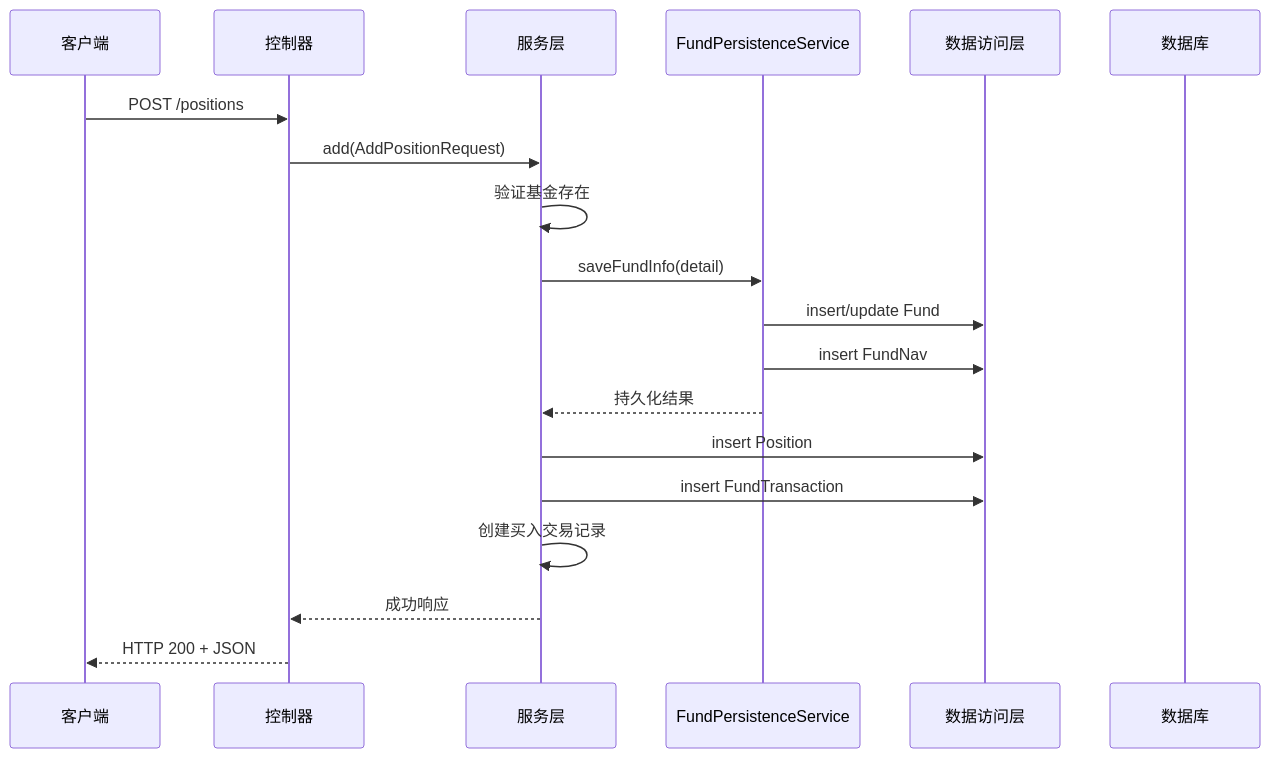
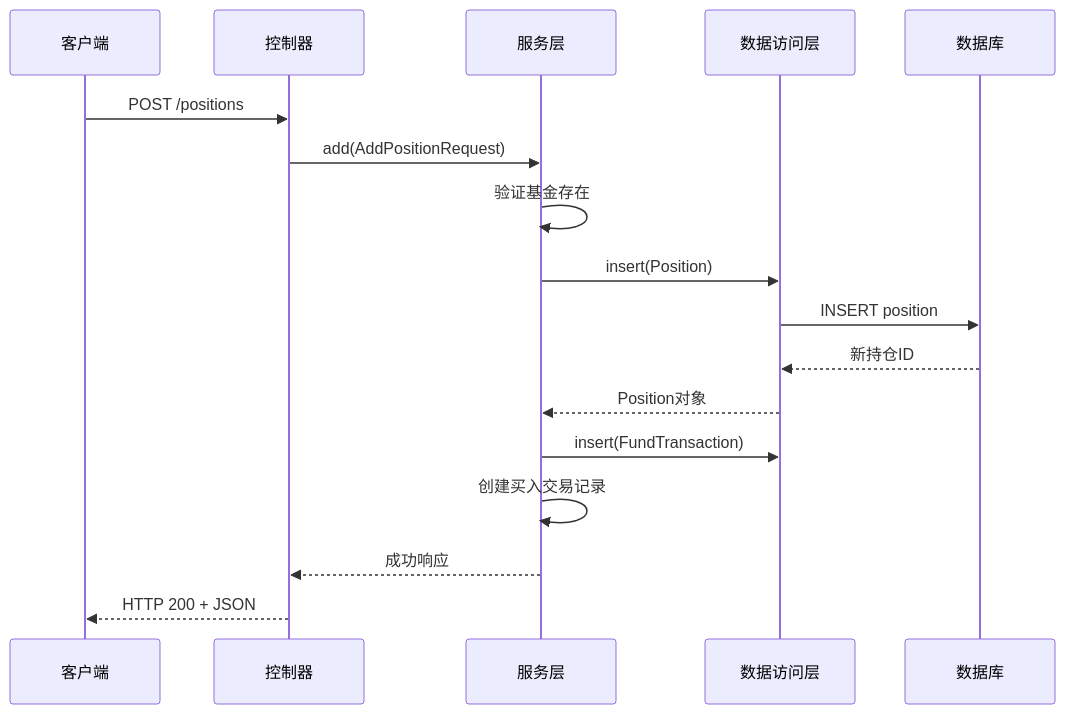
The fifth of 9 diagrams in .qoder/repowiki/zh/content/核心功能开发/数据库集成.md (gree-coder/fund-butler), drawn with Mermaid before and after one commit. The commit also changed other lines of this file and 21 other files, not shown here.

````diff
--- a/.qoder/repowiki/zh/content/核心功能开发/数据库集成.md
+++ b/.qoder/repowiki/zh/content/核心功能开发/数据库集成.md
@@ -551,21 +308,19 @@
 ```mermaid
 sequenceDiagram
 participant Client as 客户端
 participant Controller as 控制器
 participant Service as 服务层
-participant Persistence as FundPersistenceService
 participant Mapper as 数据访问层
 participant DB as 数据库
 Client->>Controller : POST /positions
 Controller->>Service : add(AddPositionRequest)
 Service->>Service : 验证基金存在
-Service->>Persistence : saveFundInfo(detail)
-Persistence->>Mapper : insert/update Fund
-Persistence->>Mapper : insert FundNav
-Persistence-->>Service : 持久化结果
-Service->>Mapper : insert Position
-Service->>Mapper : insert FundTransaction
+Service->>Mapper : insert(Position)
+Mapper->>DB : INSERT position
+DB-->>Mapper : 新持仓ID
+Mapper-->>Service : Position对象
+Service->>Mapper : insert(FundTransaction)
 Service->>Service : 创建买入交易记录
 Service-->>Controller : 成功响应
 Controller-->>Client : HTTP 200 + JSON
 ```
````
